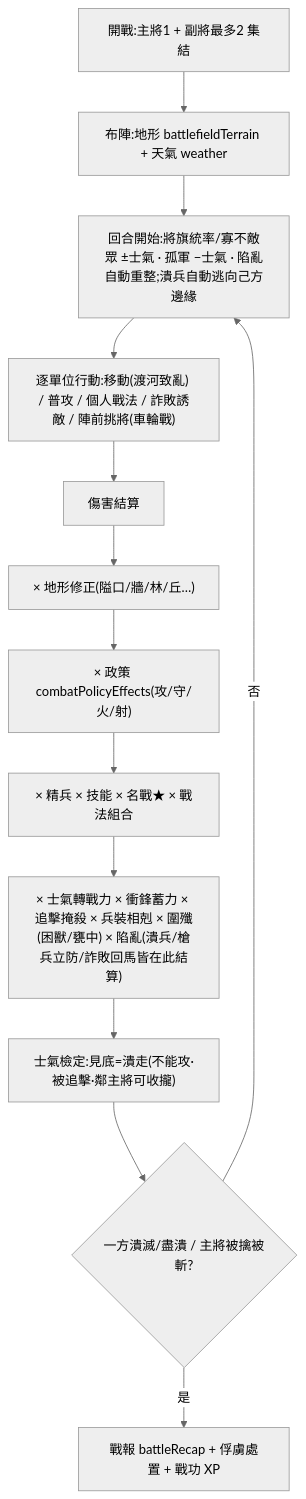
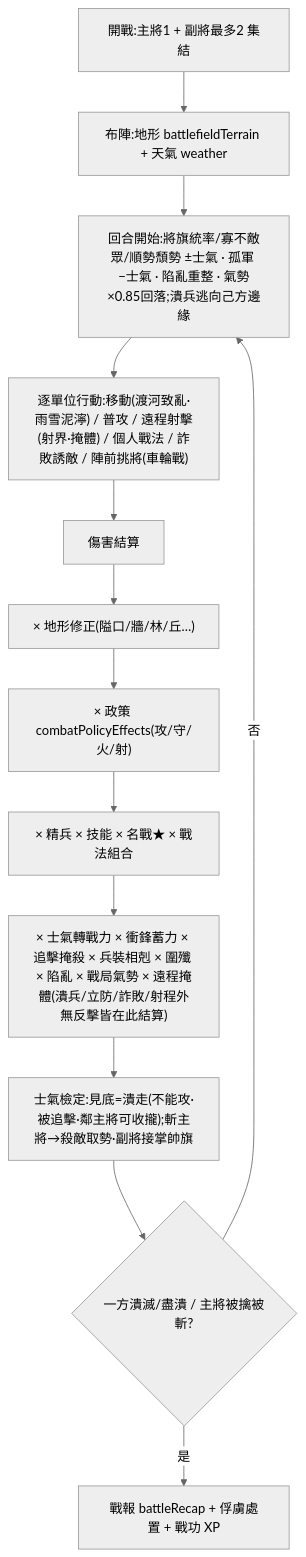
Before and after one commit to Seanye333/ThreeKingdomMasterIOS: the second of 5 diagrams in docs/GUIDE.md, drawn with Mermaid (neutral theme). The commit also changed other lines of this file and 4 other files, not shown here.

````diff
--- a/docs/GUIDE.md
+++ b/docs/GUIDE.md
@@ -1612,15 +1624,15 @@
 ```mermaid
 flowchart TD
   A["開戰:主將1 + 副將最多2 集結"] --> B["布陣:地形 battlefieldTerrain + 天氣 weather"]
-  B --> C["回合開始:將旗統率/寡不敵眾 ±士氣 · 孤軍 −士氣 · 陷亂自動重整;潰兵自動逃向己方邊緣"]
-  C --> D["逐單位行動:移動(渡河致亂) / 普攻 / 個人戰法 / 詐敗誘敵 / 陣前挑將(車輪戰)"]
+  B --> C["回合開始:將旗統率/寡不敵眾/順勢頹勢 ±士氣 · 孤軍 −士氣 · 陷亂重整 · 氣勢×0.85回落;潰兵逃向己方邊緣"]
+  C --> D["逐單位行動:移動(渡河致亂·雨雪泥濘) / 普攻 / 遠程射擊(射界·掩體) / 個人戰法 / 詐敗誘敵 / 陣前挑將(車輪戰)"]
   D --> E["傷害結算"]
   E --> E1["× 地形修正(隘口/牆/林/丘…)"]
   E1 --> E2["× 政策 combatPolicyEffects(攻/守/火/射)"]
   E2 --> E3["× 精兵 × 技能 × 名戰★ × 戰法組合"]
-  E3 --> E4["× 士氣轉戰力 × 衝鋒蓄力 × 追擊掩殺 × 兵裝相剋 × 圍殲(困獸/甕中) × 陷亂(潰兵/槍兵立防/詐敗回馬皆在此結算)"]
-  E4 --> F["士氣檢定:見底=潰走(不能攻·被追擊·鄰主將可收攏)"]
+  E3 --> E4["× 士氣轉戰力 × 衝鋒蓄力 × 追擊掩殺 × 兵裝相剋 × 圍殲 × 陷亂 × 戰局氣勢 × 遠程掩體(潰兵/立防/詐敗/射程外無反擊皆在此結算)"]
+  E4 --> F["士氣檢定:見底=潰走(不能攻·被追擊·鄰主將可收攏);斬主將→殺敵取勢·副將接掌帥旗"]
   F --> G{"一方潰滅/盡潰 / 主將被擒被斬?"}
   G -->|否| C
   G -->|是| H["戰報 battleRecap + 俘虜處置 + 戰功 XP"]
 ```
````
